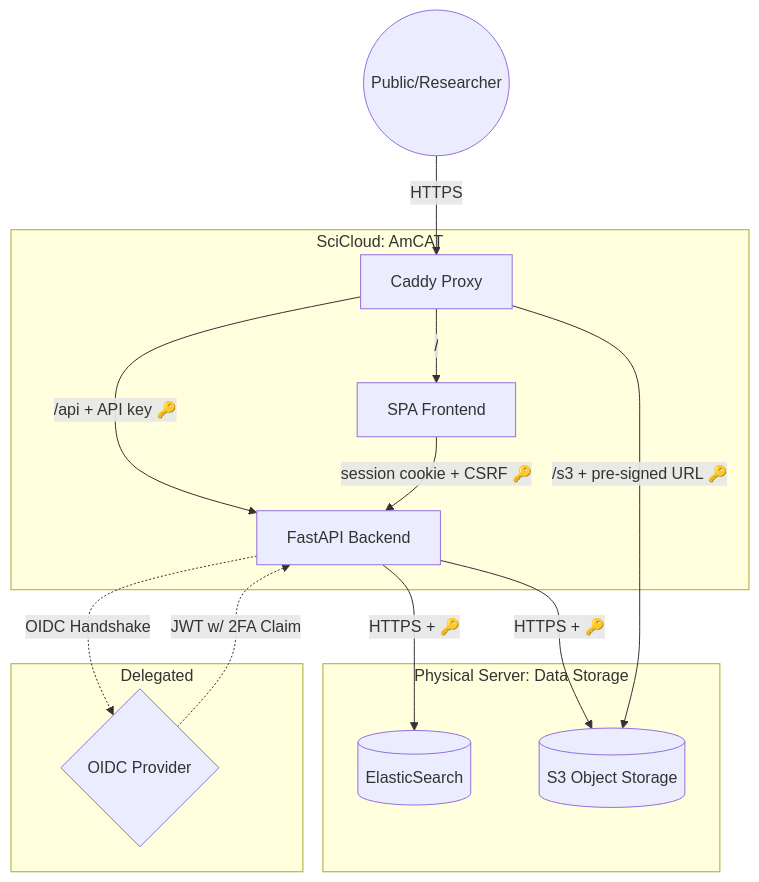
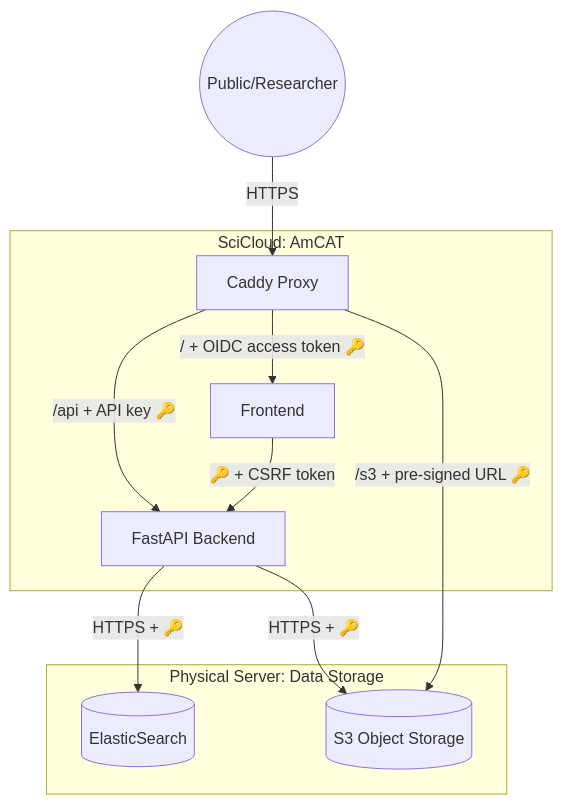
One commit to kasperwelbers/societal-analytics-lab-infra changed the first of 3 diagrams in docs/amcat.md. Above: the diagram before and after it, drawn with Mermaid. The commit also changed other lines of this file and 1 other file, not shown here.

Commit message:
separately address authentication flows

````diff
--- a/docs/amcat.md
+++ b/docs/amcat.md
@@ -7,23 +7,20 @@
 ```mermaid
 graph TD
     User((Public/Researcher)) -->|HTTPS| Caddy[Caddy Proxy]
     
+    
     subgraph SciCloud [SciCloud: AmCAT]
-        Caddy -->|/| Frontend[SPA Frontend]
+        Caddy -->|/ + OIDC access token 🔑 | Frontend[Frontend]
         Caddy -->|/api + API key 🔑| Backend[FastAPI Backend]
-        Frontend -->|session cookie + CSRF 🔑| Backend
+        Frontend -->|🔑 + CSRF token| Backend
     end
 
     subgraph Storage [Physical Server: Data Storage]
         Backend -->|HTTPS + 🔑| ES[(ElasticSearch)]
         Backend -->|HTTPS + 🔑| S3[(S3 Object Storage)]
     end
 
-    subgraph Auth [Delegated]
-        Backend -.->|OIDC Handshake| IdP{OIDC Provider}
-        IdP -.->|JWT w/ 2FA Claim| Backend
-    end
     
     %% Connections for direct S3 access mentioned earlier
     Caddy -->|/s3 + pre-signed URL 🔑| S3
 ```
````
